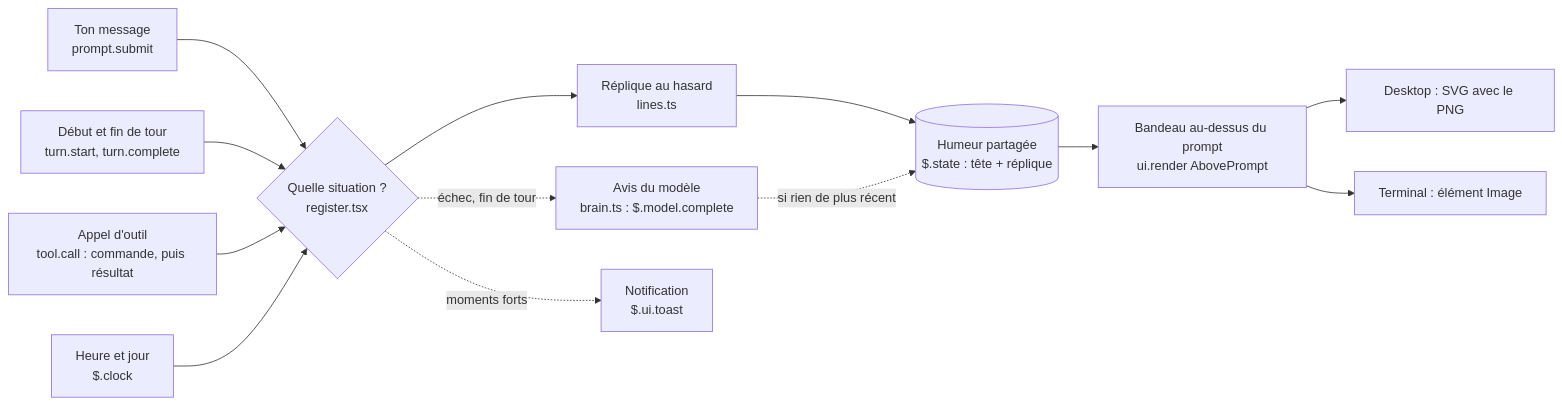
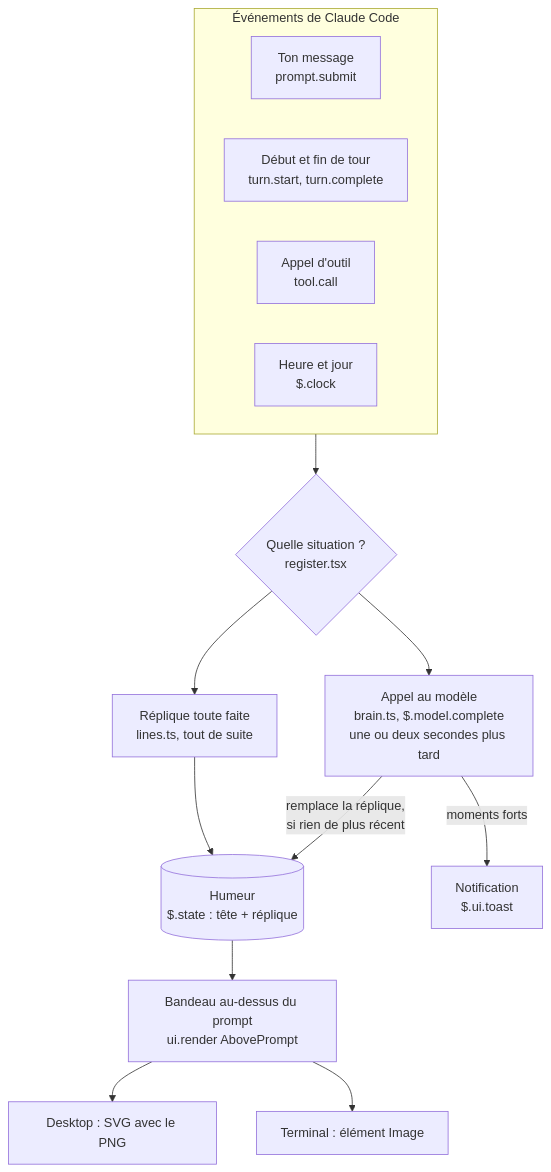
One commit to yluom/guiks-o-metre changed the diagram in README.md. Above: the diagram before and after it, drawn with Mermaid. The commit also changed other lines of this file and 4 other files, not shown here.

Commit message:
Chaque réaction de Guiks passe par le modèle ; schéma du README plus lisible

````diff
--- a/README.md
+++ b/README.md
@@ -116,15 +118,19 @@
 ```mermaid
-flowchart LR
-  P["Ton message<br/>prompt.submit"] --> C
-  T["Début et fin de tour<br/>turn.start, turn.complete"] --> C
-  O["Appel d'outil<br/>tool.call : commande, puis résultat"] --> C
-  H["Heure et jour<br/>$.clock"] --> C
-  C{"Quelle situation ?<br/>register.tsx"} --> L["Réplique au hasard<br/>lines.ts"]
-  L --> S[("Humeur partagée<br/>$.state : tête + réplique")]
-  C -. "échec, fin de tour" .-> B["Avis du modèle<br/>brain.ts : $.model.complete"]
-  B -. "si rien de plus récent" .-> S
-  C -. moments forts .-> N["Notification<br/>$.ui.toast"]
+flowchart TB
+  subgraph E["Événements de Claude Code"]
+    direction LR
+    P["Ton message<br/>prompt.submit"]
+    T["Début et fin de tour<br/>turn.start, turn.complete"]
+    O["Appel d'outil<br/>tool.call"]
+    H["Heure et jour<br/>$.clock"]
+  end
+  E --> C{"Quelle situation ?<br/>register.tsx"}
+  C --> L["Réplique toute faite<br/>lines.ts, tout de suite"]
+  C --> B["Appel au modèle<br/>brain.ts, $.model.complete<br/>une ou deux secondes plus tard"]
+  L --> S[("Humeur<br/>$.state : tête + réplique")]
+  B -- "remplace la réplique,<br/>si rien de plus récent" --> S
+  B -- "moments forts" --> N["Notification<br/>$.ui.toast"]
   S --> R["Bandeau au-dessus du prompt<br/>ui.render AbovePrompt"]
   R --> D["Desktop : SVG avec le PNG"]
   R --> X["Terminal : élément Image"]
 ```
````
